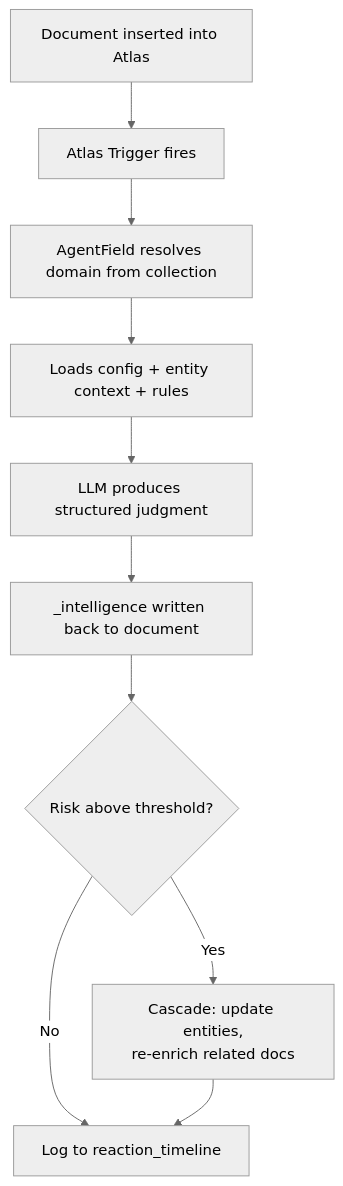
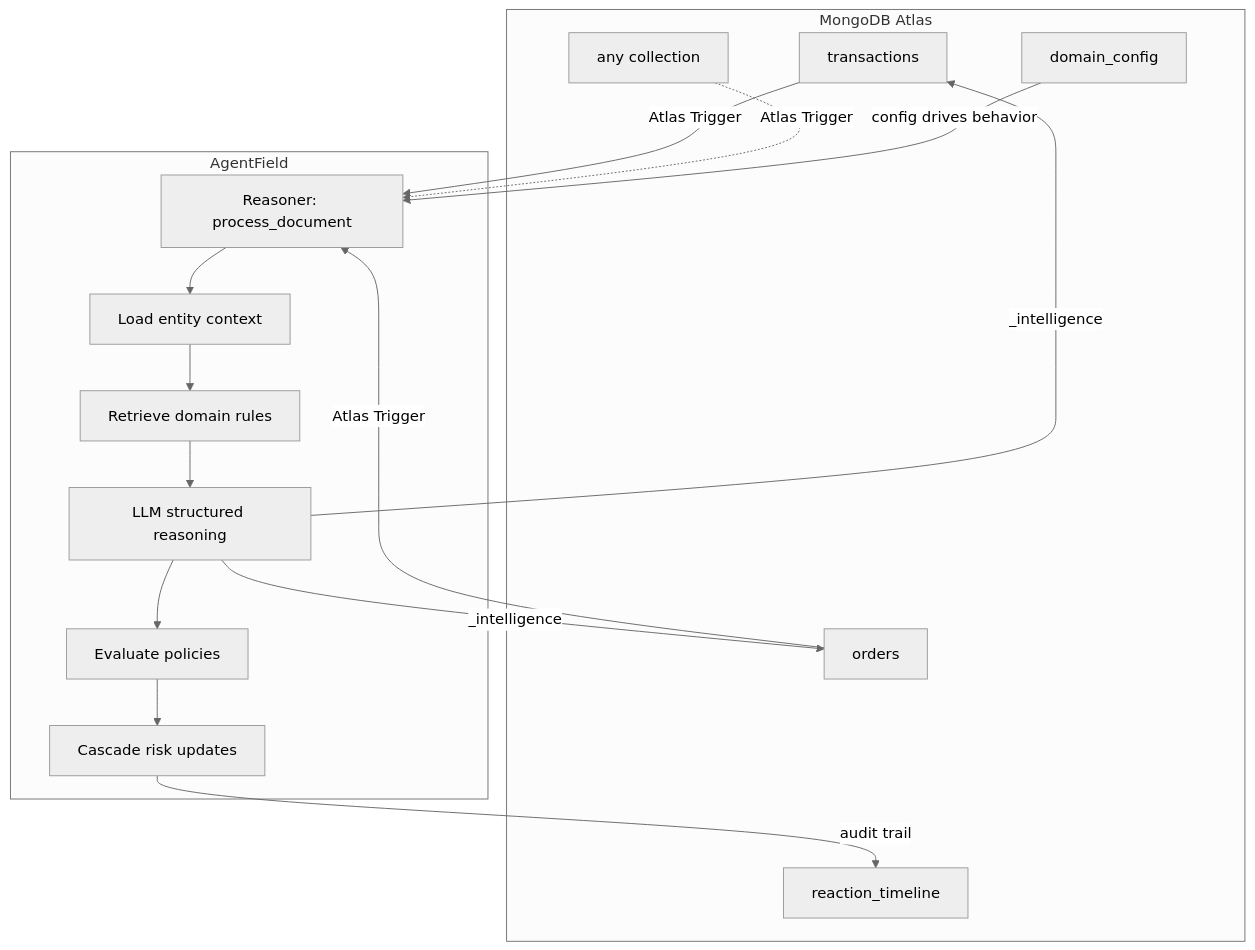
One commit to Agent-Field/af-reactive-atlas-mongodb changed the diagram in README.md. Above: the diagram before and after it, drawn with Mermaid (neutral theme). The commit also changed other lines of this file, not shown here.

Commit message:
docs: marketing-quality README with before/after demo, config showcase, and 8-domain use cases

````diff
--- a/README.md
+++ b/README.md
@@ -28,12 +63,28 @@
 ```mermaid
 flowchart TD
-    A["Document inserted into Atlas"] --> B["Atlas Trigger fires"]
-    B --> C["AgentField resolves domain from collection"]
-    C --> D["Loads config + entity context + rules"]
-    D --> E["LLM produces structured judgment"]
-    E --> F["_intelligence written back to document"]
-    F --> G{"Risk above threshold?"}
-    G -- Yes --> H["Cascade: update entities,\nre-enrich related docs"]
-    G -- No --> I["Log to reaction_timeline"]
-    H --> I
+    subgraph Atlas ["MongoDB Atlas"]
+        C1["transactions"]
+        C2["orders"]
+        C3["any collection"]
+        DC["domain_config"]
+        RT["reaction_timeline"]
+    end
+
+    subgraph AF ["AgentField"]
+        R["Reasoner: process_document"]
+        S1["Load entity context"]
+        S2["Retrieve domain rules"]
+        S3["LLM structured reasoning"]
+        S4["Evaluate policies"]
+        S5["Cascade risk updates"]
+    end
+
+    C1 -- "Atlas Trigger" --> R
+    C2 -- "Atlas Trigger" --> R
+    C3 -. "Atlas Trigger" .-> R
+    DC -- "config drives behavior" --> R
+    R --> S1 --> S2 --> S3 --> S4 --> S5
+    S3 -- "_intelligence" --> C1
+    S3 -- "_intelligence" --> C2
+    S5 -- "audit trail" --> RT
 ```
````
